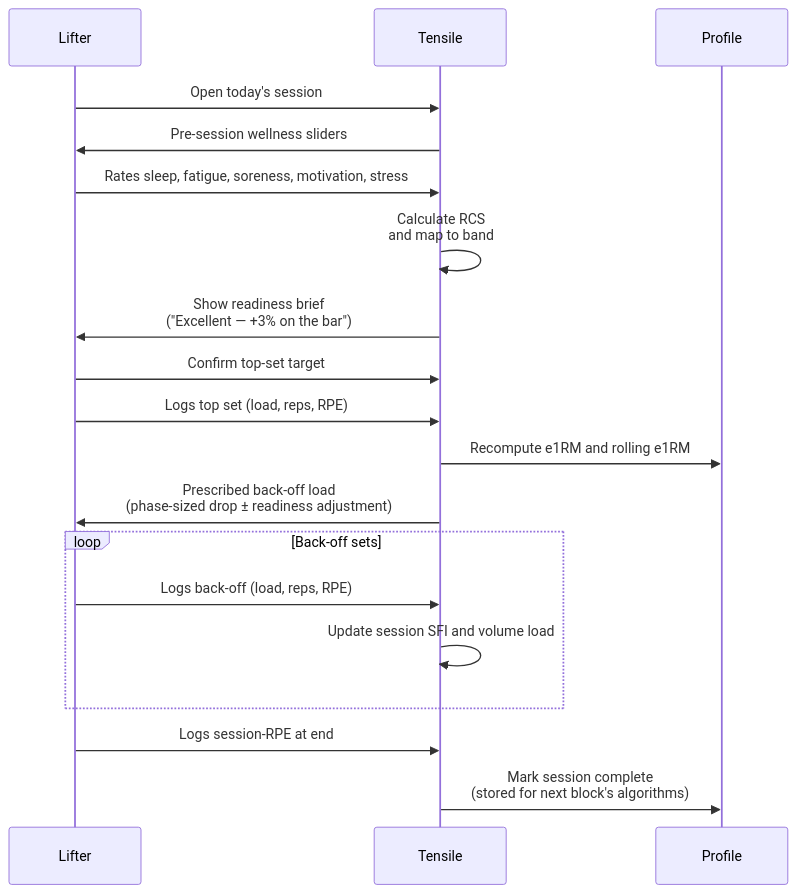
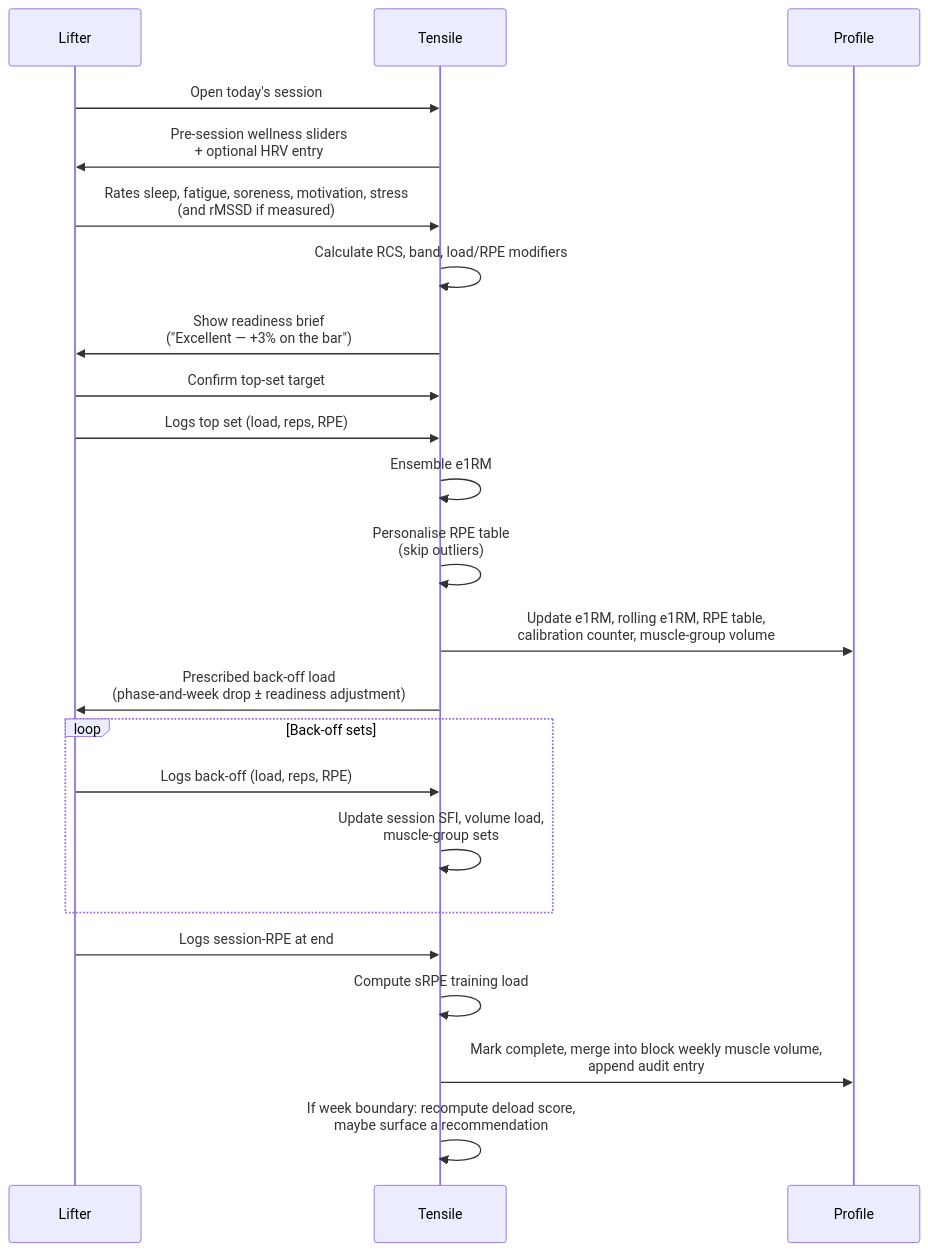
Before and after one commit to taylorelley/tensile: the seventh of 8 diagrams in docs/program-generation.md, drawn with Mermaid. The commit also changed other lines of this file, not shown here.

First line of the commit message:
Update program generation doc after main merge

````diff
--- a/docs/program-generation.md
+++ b/docs/program-generation.md
@@ -375,22 +439,26 @@
 ```mermaid
 sequenceDiagram
   participant L as Lifter
   participant App as Tensile
   participant Profile
 
   L->>App: Open today's session
-  App->>L: Pre-session wellness sliders
-  L->>App: Rates sleep, fatigue, soreness, motivation, stress
-  App->>App: Calculate RCS<br/>and map to band
+  App->>L: Pre-session wellness sliders<br/>+ optional HRV entry
+  L->>App: Rates sleep, fatigue, soreness, motivation, stress<br/>(and rMSSD if measured)
+  App->>App: Calculate RCS, band, load/RPE modifiers
   App->>L: Show readiness brief<br/>("Excellent — +3% on the bar")
   L->>App: Confirm top-set target
   L->>App: Logs top set (load, reps, RPE)
-  App->>Profile: Recompute e1RM and rolling e1RM
-  App->>L: Prescribed back-off load<br/>(phase-sized drop ± readiness adjustment)
+  App->>App: Ensemble e1RM
+  App->>App: Personalise RPE table<br/>(skip outliers)
+  App->>Profile: Update e1RM, rolling e1RM, RPE table,<br/>calibration counter, muscle-group volume
+  App->>L: Prescribed back-off load<br/>(phase-and-week drop ± readiness adjustment)
   loop Back-off sets
     L->>App: Logs back-off (load, reps, RPE)
-    App->>App: Update session SFI and volume load
+    App->>App: Update session SFI, volume load,<br/>muscle-group sets
   end
   L->>App: Logs session-RPE at end
-  App->>Profile: Mark session complete<br/>(stored for next block's algorithms)
+  App->>App: Compute sRPE training load
+  App->>Profile: Mark complete, merge into block weekly muscle volume,<br/>append audit entry
+  App->>App: If week boundary: recompute deload score,<br/>maybe surface a recommendation
 ```
````
